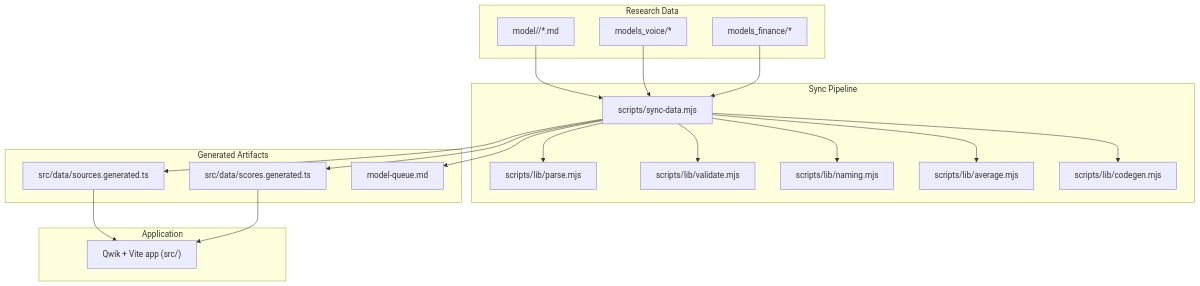
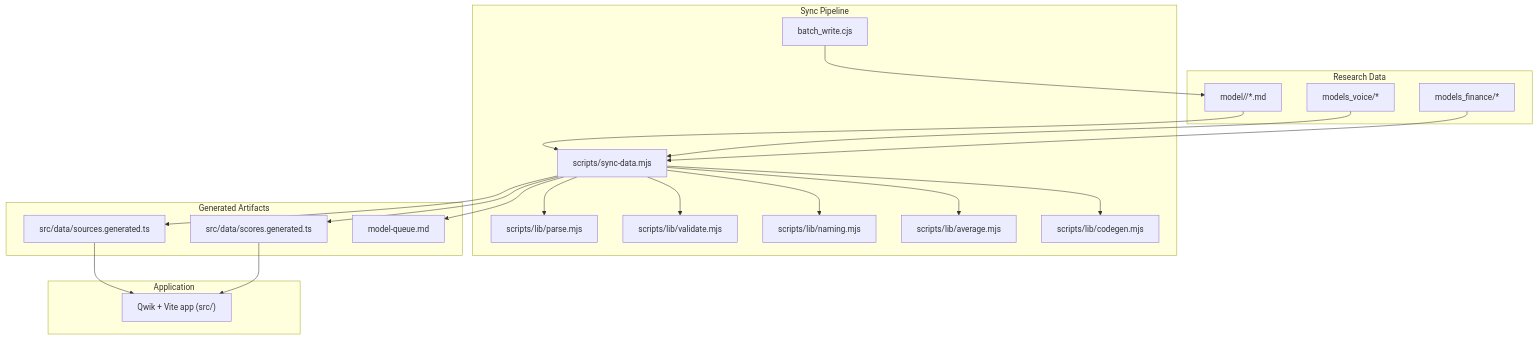
Before and after one commit to delirium-dj/modelcomp: the first of 8 diagrams in .qoder/repowiki/en/content/Build & Development Pipeline/Build & Development Pipeline.md, drawn with Mermaid. The commit also changed other lines of this file and 242 other files, not shown here.

````diff
--- a/.qoder/repowiki/en/content/Build & Development Pipeline/Build & Development Pipeline.md
+++ b/.qoder/repowiki/en/content/Build & Development Pipeline/Build & Development Pipeline.md
@@ -61,37 +68,39 @@
 ```mermaid
 graph TB
 subgraph "Research Data"
 M["model/<slug>/*.md"]
 MV["models_voice/*"]
 MF["models_finance/*"]
 end
 subgraph "Sync Pipeline"
 SYNC["scripts/sync-data.mjs"]
 P["scripts/lib/parse.mjs"]
 V["scripts/lib/validate.mjs"]
 N["scripts/lib/naming.mjs"]
 A["scripts/lib/average.mjs"]
 C["scripts/lib/codegen.mjs"]
+BATCH["batch_write.cjs"]
 end
 subgraph "Generated Artifacts"
 SGEN["src/data/sources.generated.ts"]
 DGEN["src/data/scores.generated.ts"]
 MQ["model-queue.md"]
 end
 subgraph "Application"
 APP["Qwik + Vite app (src/)"]
 end
 M --> SYNC
 MV --> SYNC
 MF --> SYNC
+BATCH --> M
 SYNC --> P
 SYNC --> V
 SYNC --> N
 SYNC --> A
 SYNC --> C
 SYNC --> SGEN
 SYNC --> DGEN
 SYNC --> MQ
 SGEN --> APP
 DGEN --> APP
 ```
````
